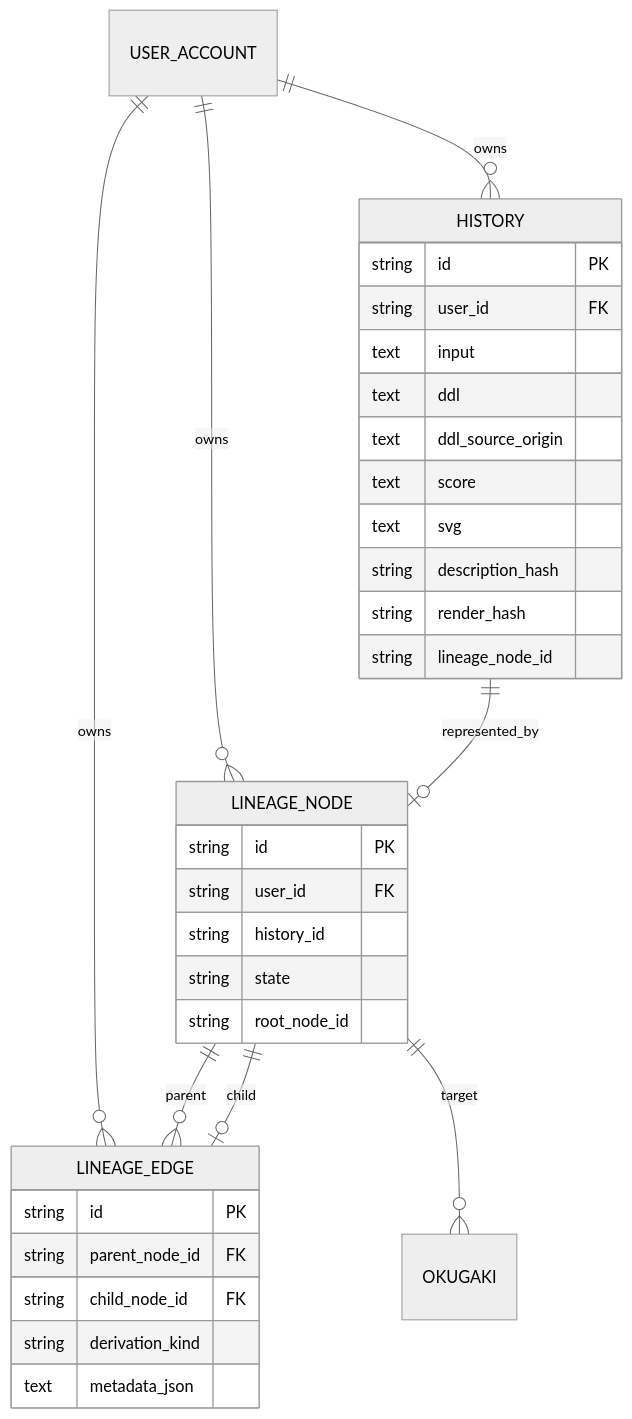
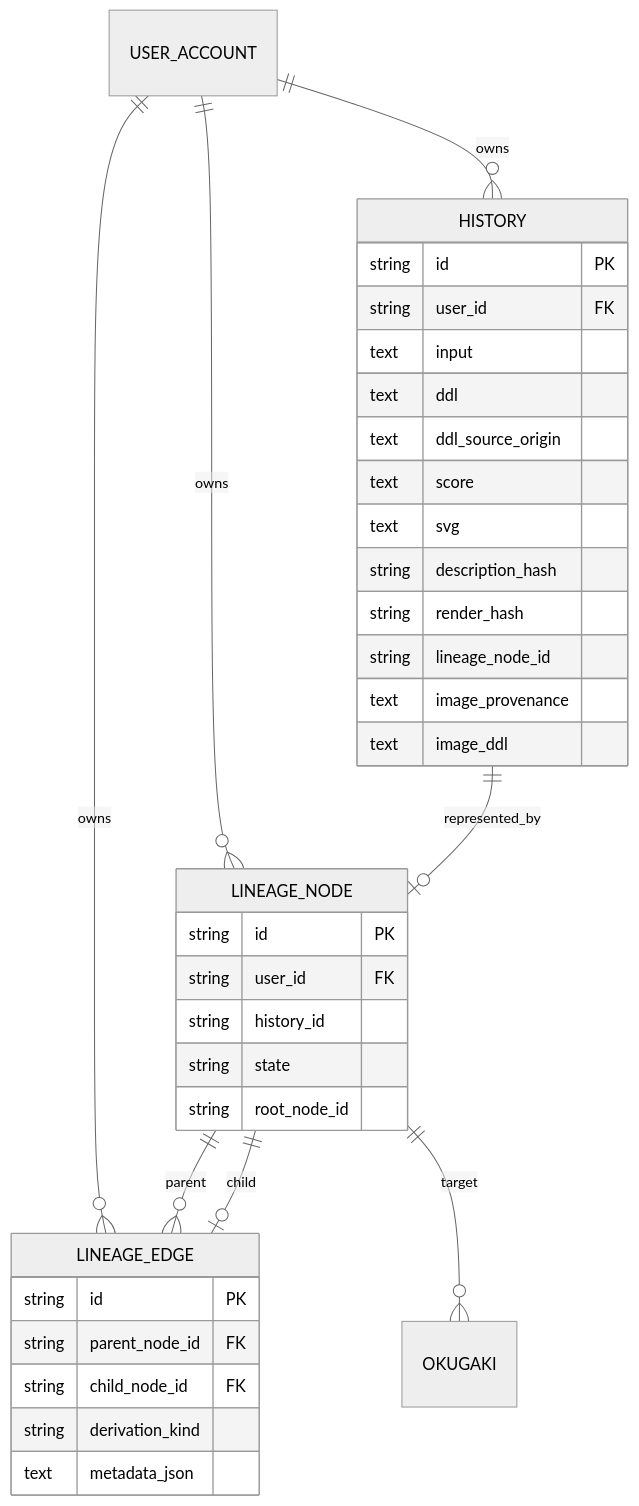
Before and after one commit to oikawas/inku-lang: the fifth of 5 diagrams in docs/architecture/data-history-lineage.ja.md, drawn with Mermaid (neutral theme). The commit also changed other lines of this file and 27 other files, not shown here.

First line of the commit message:
Bring the architecture documents up to the current core

````diff
--- a/docs/architecture/data-history-lineage.ja.md
+++ b/docs/architecture/data-history-lineage.ja.md
@@ -173,37 +173,39 @@
 ```mermaid
 erDiagram
     USER_ACCOUNT ||--o{ HISTORY : owns
     USER_ACCOUNT ||--o{ LINEAGE_NODE : owns
     USER_ACCOUNT ||--o{ LINEAGE_EDGE : owns
     HISTORY ||--o| LINEAGE_NODE : represented_by
     LINEAGE_NODE ||--o{ LINEAGE_EDGE : parent
     LINEAGE_NODE ||--o| LINEAGE_EDGE : child
     LINEAGE_NODE ||--o{ OKUGAKI : target
 
     HISTORY {
       string id PK
       string user_id FK
       text input
       text ddl
       text ddl_source_origin
       text score
       text svg
       string description_hash
       string render_hash
       string lineage_node_id
+      text image_provenance
+      text image_ddl
     }
     LINEAGE_NODE {
       string id PK
       string user_id FK
       string history_id
       string state
       string root_node_id
     }
     LINEAGE_EDGE {
       string id PK
       string parent_node_id FK
       string child_node_id FK
       string derivation_kind
       text metadata_json
     }
 ```
````
